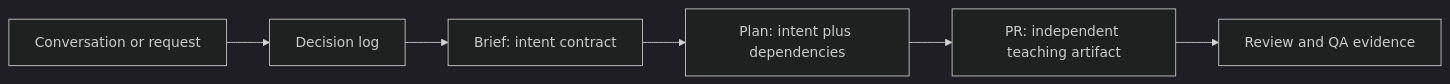
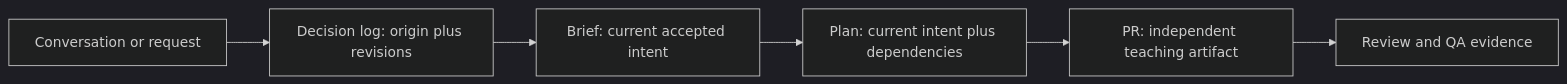
Before and after one commit to dcouple/orchestra: the first of 2 diagrams in references/pr-writing.md, drawn with Mermaid (dark theme). The commit also changed other lines of this file and 8 other files, not shown here.

Commit message:
docs: clarify accepted intent handoffs

````diff
--- a/references/pr-writing.md
+++ b/references/pr-writing.md
@@ -19,8 +24,8 @@
 ```mermaid
 flowchart LR
-  A[Conversation or request] --> B[Decision log]
-  B --> C[Brief: intent contract]
-  C --> D[Plan: intent plus dependencies]
+  A[Conversation or request] --> B[Decision log: origin plus revisions]
+  B --> C[Brief: current accepted intent]
+  C --> D[Plan: current intent plus dependencies]
   D --> E[PR: independent teaching artifact]
   E --> F[Review and QA evidence]
 ```
````
